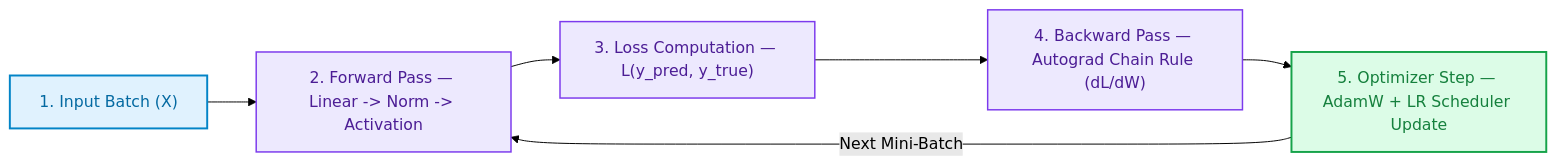
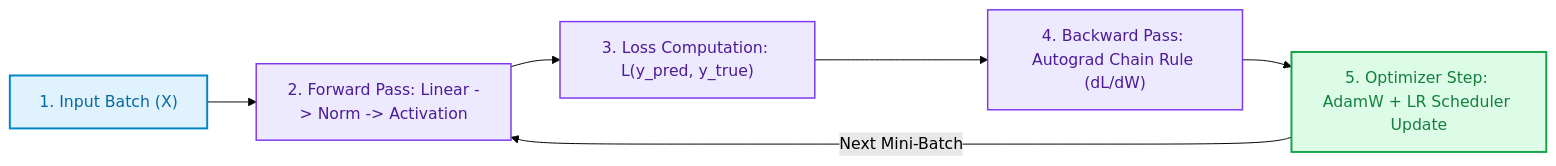
Before and after one commit to FirdowsRahaman/agentic-ai-and-ml-roadmap: the diagram in curriculum/02-core-ml-and-dl/04_deep_learning_and_rl.md, drawn with Mermaid (forest theme). The commit also changed other lines of this file and 33 other files, not shown here.

````diff
--- a/curriculum/02-core-ml-and-dl/04_deep_learning_and_rl.md
+++ b/curriculum/02-core-ml-and-dl/04_deep_learning_and_rl.md
@@ -13,16 +13,16 @@
 ```mermaid
 flowchart LR
-    X["1. Input Batch (X)"] --> FWD["2. Forward Pass — Linear -> Norm -> Activation"]
-    FWD --> LOSS["3. Loss Computation — L(y_pred, y_true)"]
-    LOSS --> BWD["4. Backward Pass — Autograd Chain Rule (dL/dW)"]
-    BWD --> STEP["5. Optimizer Step — AdamW + LR Scheduler Update"]
+    X["1. Input Batch (X)"] --> FWD["2. Forward Pass: Linear -> Norm -> Activation"]
+    FWD --> LOSS["3. Loss Computation: L(y_pred, y_true)"]
+    LOSS --> BWD["4. Backward Pass: Autograd Chain Rule (dL/dW)"]
+    BWD --> STEP["5. Optimizer Step: AdamW + LR Scheduler Update"]
     STEP -->|"Next Mini-Batch"| FWD
 
     classDef data fill:#E0F2FE,stroke:#0284C7,stroke-width:2px,color:#0369A1;
     classDef comp fill:#EDE9FE,stroke:#7C3AED,stroke-width:1.5px,color:#4C1D95;
     classDef opt fill:#DCFCE7,stroke:#16A34A,stroke-width:2px,color:#15803D;
 
     class X data;
     class FWD,LOSS,BWD comp;
     class STEP opt;
 ```
````
